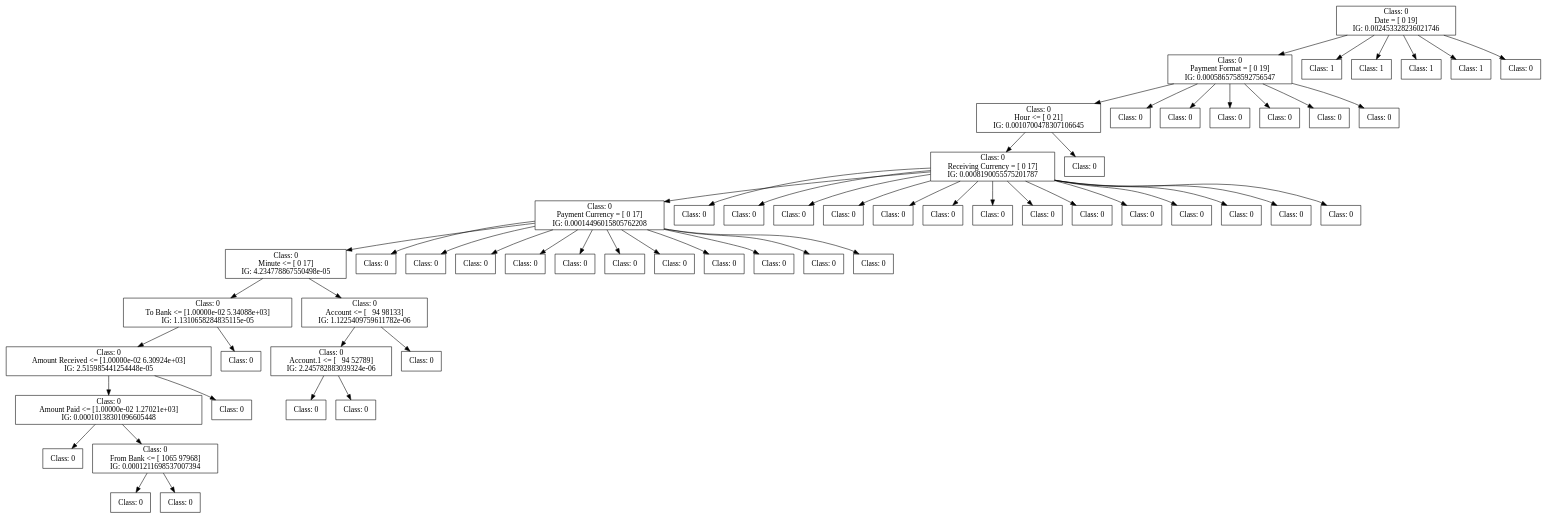
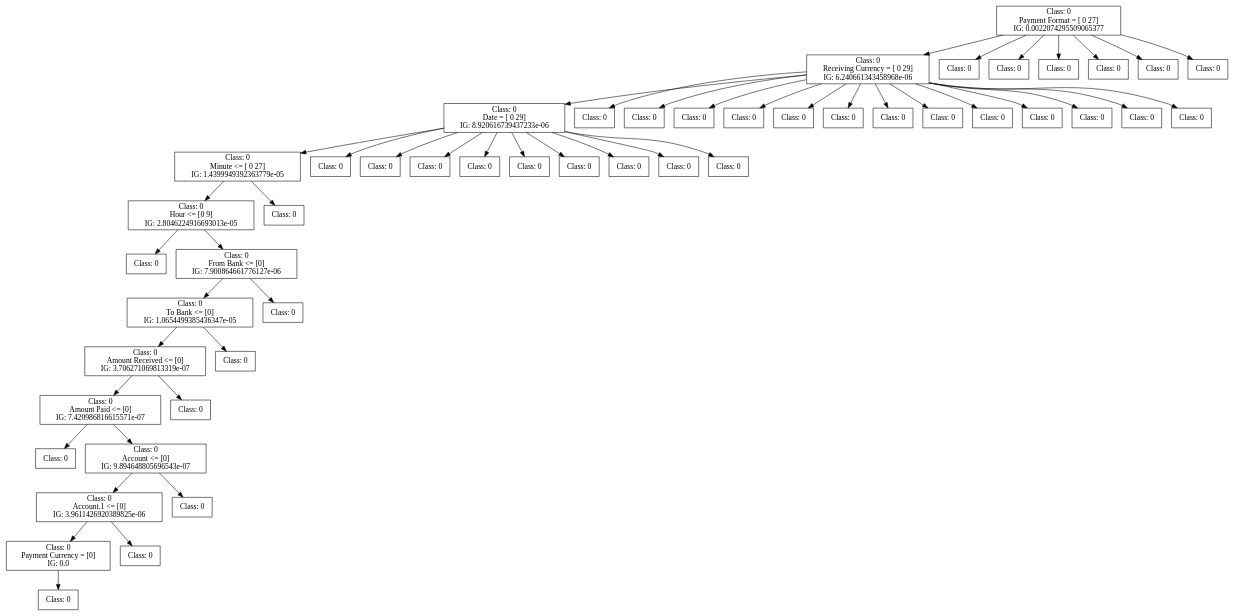
The diagram in dot_figs/tree-id3-wo_preprocessing-2.dot (FedericoBruzzone/anti-money-laundering), drawn with Graphviz before and after one commit. The commit also changed 35 other files, not shown here.

```diff
--- a/dot_figs/tree-id3-wo_preprocessing-2.dot
+++ b/dot_figs/tree-id3-wo_preprocessing-2.dot
@@ -1,186 +1,162 @@
 digraph DecisionTree {
 	rankdir=TD;
 	node [shape=box];
-	2371196544544 [label="Class: 0
-Date = [ 0 19]
-IG: 0.002453328236021746"];
-	2371515421824 [label="Class: 0
-Payment Format = [ 0 19]
-IG: 0.0005865758592756547"];
-	2371196544544 -> 2371515421824;
-	2371515432912 [label="Class: 0
-Hour <= [ 0 21]
-IG: 0.0010700478307106645"];
-	2371515421824 -> 2371515432912;
-	2371721488624 [label="Class: 0
-Receiving Currency = [ 0 17]
-IG: 0.0008190055575201787"];
-	2371515432912 -> 2371721488624;
-	2372786486048 [label="Class: 0
-Payment Currency = [ 0 17]
-IG: 0.00014496015805762208"];
-	2371721488624 -> 2372786486048;
-	2371196691952 [label="Class: 0
-Minute <= [ 0 17]
-IG: 4.234778867550498e-05"];
-	2372786486048 -> 2371196691952;
-	2371515426048 [label="Class: 0
-To Bank <= [1.00000e-02 5.34088e+03]
-IG: 1.1310658284835115e-05"];
-	2371196691952 -> 2371515426048;
-	2371515430368 [label="Class: 0
-Amount Received <= [1.00000e-02 6.30924e+03]
-IG: 2.515985441254448e-05"];
-	2371515426048 -> 2371515430368;
-	2371515421200 [label="Class: 0
-Amount Paid <= [1.00000e-02 1.27021e+03]
-IG: 0.00010138301096605448"];
-	2371515430368 -> 2371515421200;
-	2371721479696 [label="Class: 0
+	2535284391216 [label="Class: 0
+Payment Format = [ 0 27]
+IG: 0.0022074295509065377"];
+	2535284382624 [label="Class: 0
+Receiving Currency = [ 0 29]
+IG: 6.240661343458968e-06"];
+	2535284391216 -> 2535284382624;
+	2535284390592 [label="Class: 0
+Date = [ 0 29]
+IG: 8.920616739437233e-06"];
+	2535284382624 -> 2535284390592;
+	2541216530928 [label="Class: 0
+Minute <= [ 0 27]
+IG: 1.4399949392363779e-05"];
+	2535284390592 -> 2541216530928;
+	2541216534240 [label="Class: 0
+Hour <= [0 9]
+IG: 2.8046224916693013e-05"];
+	2541216530928 -> 2541216534240;
+	2541216534960 [label="Class: 0
 "];
-	2371515421200 -> 2371721479696;
-	2371721480896 [label="Class: 0
-From Bank <= [ 1065 97968]
-IG: 0.0001211698537007394"];
-	2371515421200 -> 2371721480896;
-	2371721483968 [label="Class: 0
+	2541216534240 -> 2541216534960;
+	2541216535392 [label="Class: 0
+From Bank <= [0]
+IG: 7.900864661776127e-06"];
+	2541216534240 -> 2541216535392;
+	2541216535680 [label="Class: 0
+To Bank <= [0]
+IG: 1.0654499385436347e-05"];
+	2541216535392 -> 2541216535680;
+	2541216536400 [label="Class: 0
+Amount Received <= [0]
+IG: 3.706271069813319e-07"];
+	2541216535680 -> 2541216536400;
+	2541216537120 [label="Class: 0
+Amount Paid <= [0]
+IG: 7.420986816615571e-07"];
+	2541216536400 -> 2541216537120;
+	2535284388864 [label="Class: 0
 "];
-	2371721480896 -> 2371721483968;
-	2371721483920 [label="Class: 0
+	2541216537120 -> 2535284388864;
+	2541216537792 [label="Class: 0
+Account <= [0]
+IG: 9.894648805696543e-07"];
+	2541216537120 -> 2541216537792;
+	2541216538464 [label="Class: 0
+Account.1 <= [0]
+IG: 3.9611426920389825e-06"];
+	2541216537792 -> 2541216538464;
+	2541216539184 [label="Class: 0
+Payment Currency = [0]
+IG: 0.0"];
+	2541216538464 -> 2541216539184;
+	2541216539136 [label="Class: 0
 "];
-	2371721480896 -> 2371721483920;
-	2371515427488 [label="Class: 0
+	2541216539184 -> 2541216539136;
+	2541216539616 [label="Class: 0
 "];
-	2371515430368 -> 2371515427488;
-	2371515431952 [label="Class: 0
+	2541216538464 -> 2541216539616;
+	2541216538896 [label="Class: 0
 "];
-	2371515426048 -> 2371515431952;
-	2371515424752 [label="Class: 0
-Account <= [   94 98133]
-IG: 1.1225409759611782e-06"];
-	2371196691952 -> 2371515424752;
-	2371721486080 [label="Class: 0
-Account.1 <= [   94 52789]
-IG: 2.245782883039324e-06"];
-	2371515424752 -> 2371721486080;
-	2371721488000 [label="Class: 0
+	2541216537792 -> 2541216538896;
+	2541216537552 [label="Class: 0
 "];
-	2371721486080 -> 2371721488000;
-	2371721489968 [label="Class: 0
+	2541216536400 -> 2541216537552;
+	2541216536832 [label="Class: 0
 "];
-	2371721486080 -> 2371721489968;
-	2371721486896 [label="Class: 0
+	2541216535680 -> 2541216536832;
+	2541216536112 [label="Class: 0
 "];
-	2371515424752 -> 2371721486896;
-	2371196694736 [label="Class: 0
+	2541216535392 -> 2541216536112;
+	2541216534672 [label="Class: 0
 "];
-	2372786486048 -> 2371196694736;
-	2371196687824 [label="Class: 0
+	2541216530928 -> 2541216534672;
+	2541216532848 [label="Class: 0
 "];
-	2372786486048 -> 2371196687824;
-	2371196694688 [label="Class: 0
+	2535284390592 -> 2541216532848;
+	2541216533424 [label="Class: 0
 "];
-	2372786486048 -> 2371196694688;
-	2371515420336 [label="Class: 0
+	2535284390592 -> 2541216533424;
+	2541216532512 [label="Class: 0
 "];
-	2372786486048 -> 2371515420336;
-	2371515428784 [label="Class: 0
+	2535284390592 -> 2541216532512;
+	2541216533520 [label="Class: 0
 "];
-	2372786486048 -> 2371515428784;
-	2371515420288 [label="Class: 0
+	2535284390592 -> 2541216533520;
+	2541216531984 [label="Class: 0
 "];
-	2372786486048 -> 2371515420288;
-	2371515420672 [label="Class: 0
+	2535284390592 -> 2541216531984;
+	2541216533280 [label="Class: 0
 "];
-	2372786486048 -> 2371515420672;
-	2371515416736 [label="Class: 0
+	2535284390592 -> 2541216533280;
+	2541216532176 [label="Class: 0
 "];
-	2372786486048 -> 2371515416736;
-	2371515421248 [label="Class: 0
+	2535284390592 -> 2541216532176;
+	2541216530976 [label="Class: 0
 "];
-	2372786486048 -> 2371515421248;
-	2371515421296 [label="Class: 0
+	2535284390592 -> 2541216530976;
+	2541216532944 [label="Class: 0
 "];
-	2372786486048 -> 2371515421296;
-	2371515421968 [label="Class: 0
+	2535284390592 -> 2541216532944;
+	2535284390976 [label="Class: 0
 "];
-	2372786486048 -> 2371515421968;
-	2370908566240 [label="Class: 0
+	2535284382624 -> 2535284390976;
+	2535284391120 [label="Class: 0
 "];
-	2371721488624 -> 2370908566240;
-	2371196544736 [label="Class: 0
+	2535284382624 -> 2535284391120;
+	2535284384640 [label="Class: 0
 "];
-	2371721488624 -> 2371196544736;
-	2371196542480 [label="Class: 0
+	2535284382624 -> 2535284384640;
+	2535284390112 [label="Class: 0
 "];
-	2371721488624 -> 2371196542480;
-	2371187871312 [label="Class: 0
+	2535284382624 -> 2535284390112;
+	2535284386320 [label="Class: 0
 "];
-	2371721488624 -> 2371187871312;
-	2371187256400 [label="Class: 0
+	2535284382624 -> 2535284386320;
+	2535284391696 [label="Class: 0
 "];
-	2371721488624 -> 2371187256400;
-	2372786845680 [label="Class: 0
+	2535284382624 -> 2535284391696;
+	2535284389728 [label="Class: 0
 "];
-	2371721488624 -> 2372786845680;
-	2372786836176 [label="Class: 0
+	2535284382624 -> 2535284389728;
+	2535284391792 [label="Class: 0
 "];
-	2371721488624 -> 2372786836176;
-	2372786836272 [label="Class: 0
+	2535284382624 -> 2535284391792;
+	2535284385312 [label="Class: 0
 "];
-	2371721488624 -> 2372786836272;
-	2372786844384 [label="Class: 0
+	2535284382624 -> 2535284385312;
+	2535284389920 [label="Class: 0
 "];
-	2371721488624 -> 2372786844384;
-	2372786839872 [label="Class: 0
+	2535284382624 -> 2535284389920;
+	2541216532704 [label="Class: 0
 "];
-	2371721488624 -> 2372786839872;
-	2372786841024 [label="Class: 0
+	2535284382624 -> 2541216532704;
+	2541216531504 [label="Class: 0
 "];
-	2371721488624 -> 2372786841024;
-	2371196687968 [label="Class: 0
+	2535284382624 -> 2541216531504;
+	2541216532608 [label="Class: 0
 "];
-	2371721488624 -> 2371196687968;
-	2371196694208 [label="Class: 0
+	2535284382624 -> 2541216532608;
+	2535284386368 [label="Class: 0
 "];
-	2371721488624 -> 2371196694208;
-	2371196687296 [label="Class: 0
+	2535284391216 -> 2535284386368;
+	2535284376720 [label="Class: 0
 "];
-	2371721488624 -> 2371196687296;
-	2371721489056 [label="Class: 0
+	2535284391216 -> 2535284376720;
+	2535284389200 [label="Class: 0
 "];
-	2371515432912 -> 2371721489056;
-	2371515432672 [label="Class: 0
+	2535284391216 -> 2535284389200;
+	2535284377296 [label="Class: 0
 "];
-	2371515421824 -> 2371515432672;
-	2371515432864 [label="Class: 0
+	2535284391216 -> 2535284377296;
+	2535284381904 [label="Class: 0
 "];
-	2371515421824 -> 2371515432864;
-	2371515432528 [label="Class: 0
+	2535284391216 -> 2535284381904;
+	2535284391408 [label="Class: 0
 "];
-	2371515421824 -> 2371515432528;
-	2371515432048 [label="Class: 0
-"];
-	2371515421824 -> 2371515432048;
-	2371515431376 [label="Class: 0
-"];
-	2371515421824 -> 2371515431376;
-	2371515430464 [label="Class: 0
-"];
-	2371515421824 -> 2371515430464;
-	2371515422256 [label="Class: 1
-"];
-	2371196544544 -> 2371515422256;
-	2371515420240 [label="Class: 1
-"];
-	2371196544544 -> 2371515420240;
-	2371515422016 [label="Class: 1
-"];
-	2371196544544 -> 2371515422016;
-	2371515421680 [label="Class: 1
-"];
-	2371196544544 -> 2371515421680;
-	2371515419184 [label="Class: 0
-"];
-	2371196544544 -> 2371515419184;
+	2535284391216 -> 2535284391408;
 }
```
